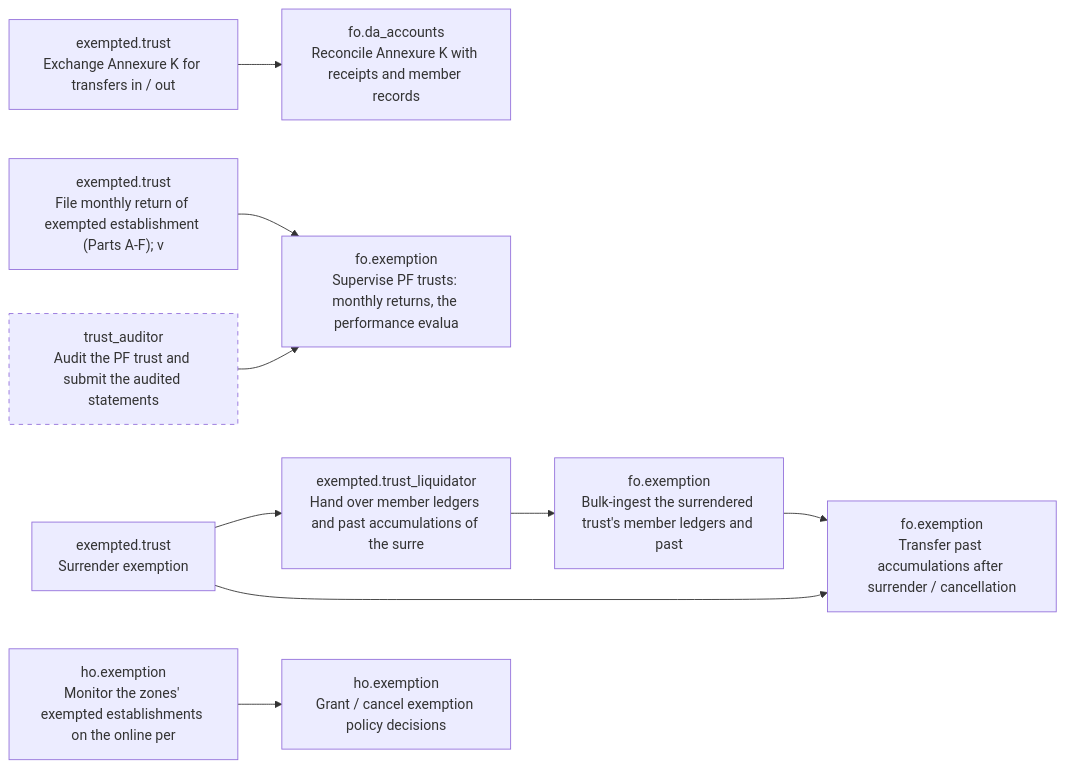
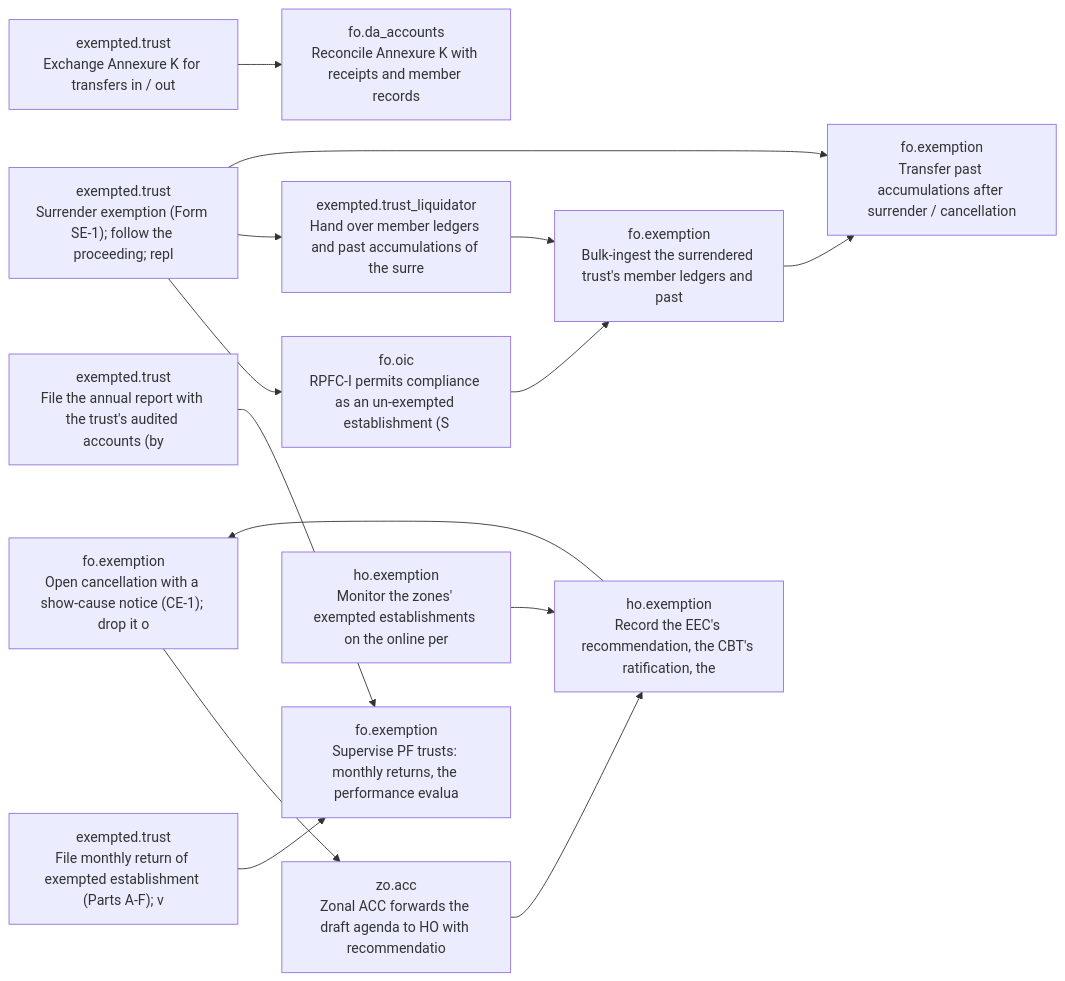
Before and after one commit to gauravmeena0708/pf-life: the ninth of 14 diagrams in docs/stakeholder-api-sets.md, drawn with Mermaid. The commit also changed other lines of this file and 72 other files, not shown here.

First line of the commit message:
P2.14: the exempted trust's lifecycle — annual audited accounts, surrender and cancellation of exemption

````diff
--- a/docs/stakeholder-api-sets.md
+++ b/docs/stakeholder-api-sets.md
@@ -1837,23 +1846,30 @@
 ```mermaid
 flowchart LR
   F09_returns["exempted.trust<br/>File monthly return of exempted establishment (Parts A-F); v"]
   F09_annexure_k["exempted.trust<br/>Exchange Annexure K for transfers in / out"]
   F09_annexure_k_reconcile["fo.da_accounts<br/>Reconcile Annexure K with receipts and member records"]
-  F09_audit["trust_auditor<br/>Audit the PF trust and submit the audited statements"]
-  style F09_audit stroke-dasharray: 5 5
-  F09_surrender["exempted.trust<br/>Surrender exemption"]
+  F09_audit["exempted.trust<br/>File the annual report with the trust's audited accounts (by"]
+  F09_surrender["exempted.trust<br/>Surrender exemption (Form SE-1); follow the proceeding; repl"]
+  F09_cancel["fo.exemption<br/>Open cancellation with a show-cause notice (CE-1); drop it o"]
+  F09_permit["fo.oic<br/>RPFC-I permits compliance as an un-exempted establishment (S"]
+  F09_zo_forward["zo.acc<br/>Zonal ACC forwards the draft agenda to HO with recommendatio"]
   F09_trust_handover["exempted.trust_liquidator<br/>Hand over member ledgers and past accumulations of the surre"]
   F09_ingest["fo.exemption<br/>Bulk-ingest the surrendered trust's member ledgers and past "]
   F09_past_accum["fo.exemption<br/>Transfer past accumulations after surrender / cancellation"]
   F09_supervise["fo.exemption<br/>Supervise PF trusts: monthly returns, the performance evalua"]
-  F09_ho["ho.exemption<br/>Grant / cancel exemption policy decisions"]
+  F09_ho["ho.exemption<br/>Record the EEC's recommendation, the CBT's ratification, the"]
   F09_ho_monitor["ho.exemption<br/>Monitor the zones' exempted establishments on the online per"]
   F09_returns --> F09_supervise
   F09_annexure_k --> F09_annexure_k_reconcile
   F09_audit --> F09_supervise
+  F09_surrender --> F09_permit
   F09_surrender --> F09_trust_handover
   F09_surrender --> F09_past_accum
+  F09_cancel --> F09_zo_forward
+  F09_permit --> F09_ingest
+  F09_zo_forward --> F09_ho
   F09_trust_handover --> F09_ingest
   F09_ingest --> F09_past_accum
+  F09_ho --> F09_cancel
   F09_ho_monitor --> F09_ho
 ```
````
